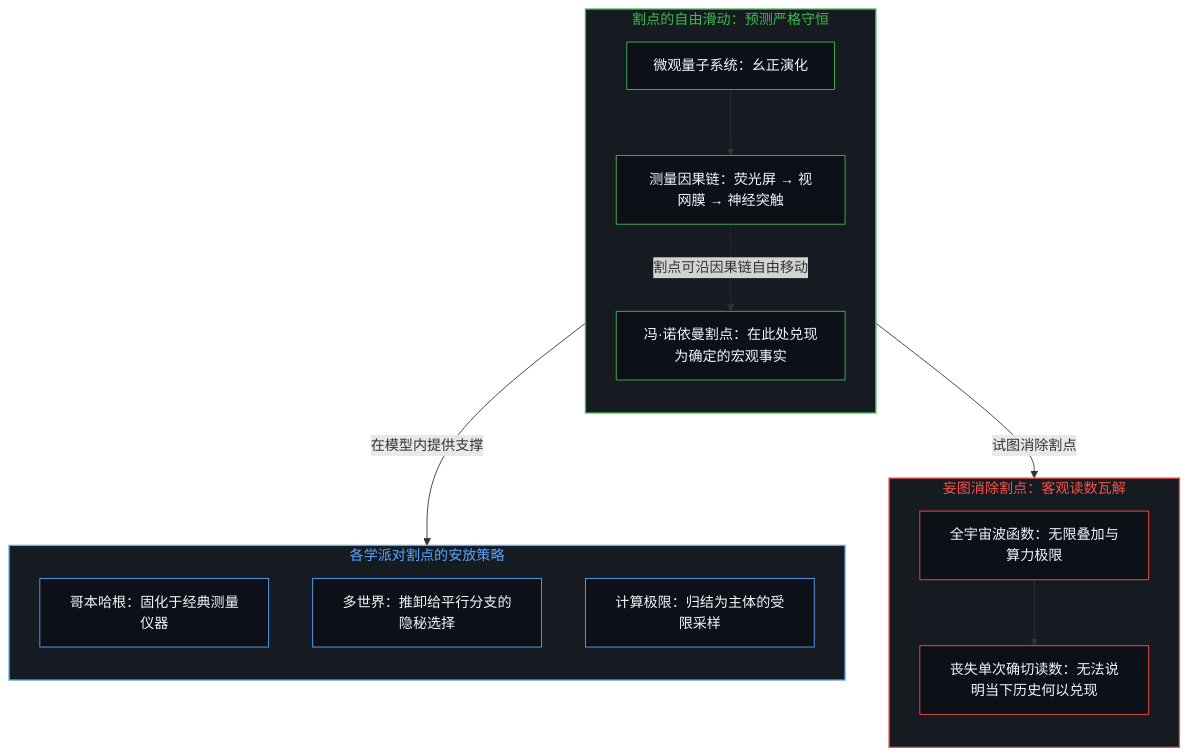
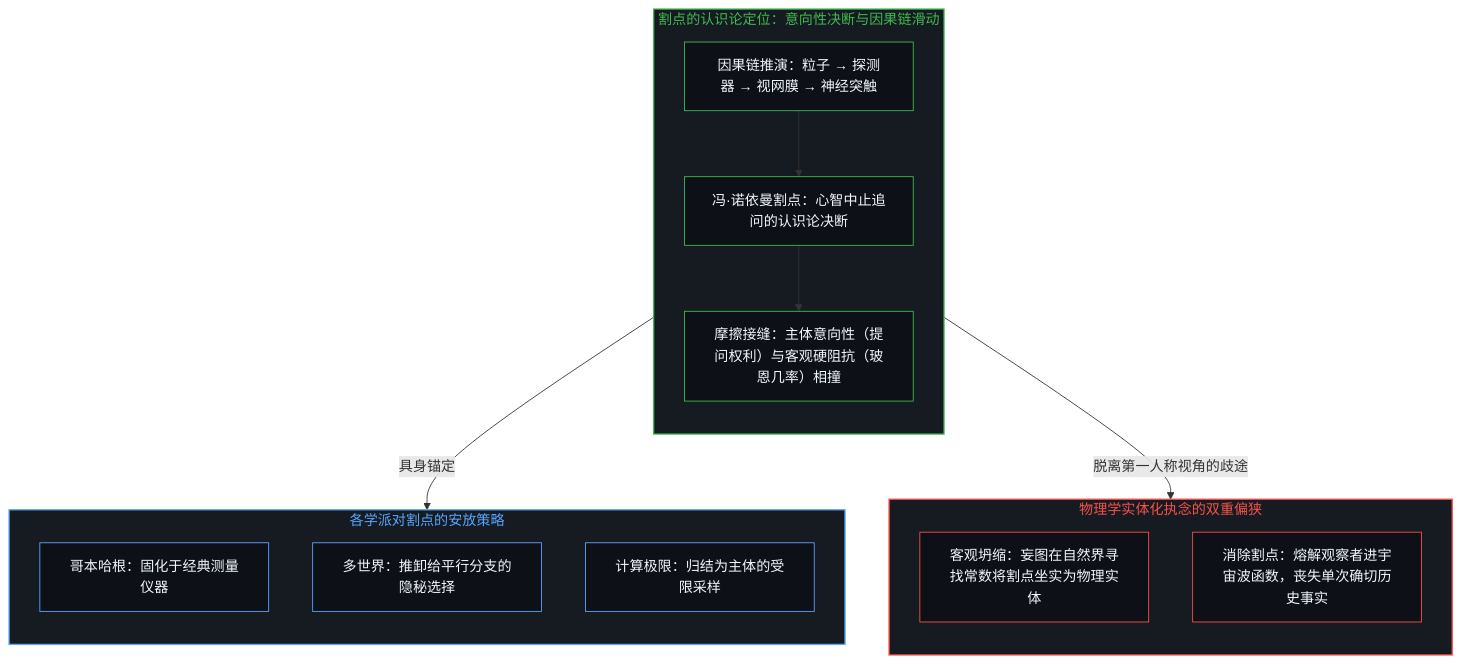
The third of 6 diagrams in content/posts/the-cut-moves-but-never-vanishes.md (powerpig99/not-a-toe), drawn with Mermaid before and after one commit. The commit also changed other lines of this file and 4 other files, not shown here.

````diff
--- a/content/posts/the-cut-moves-but-never-vanishes.md
+++ b/content/posts/the-cut-moves-but-never-vanishes.md
@@ -103,40 +107,39 @@
 ```mermaid
 flowchart TD
-    subgraph S_CutMovable["割点的自由滑动：预测严格守恒"]
+    subgraph S_CutMovable["割点的认识论定位：意向性决断与因果链滑动"]
         direction TB
-        C_Micro["微观量子系统：幺正演化"]
-        C_Chain["测量因果链：荧光屏 → 视网膜 → 神经突触"]
-        C_Cut["冯·诺依曼割点：在此处兑现为确定的宏观事实"]
-        C_Micro --> C_Chain
-        C_Chain -.->|"割点可沿因果链自由移动"| C_Cut
+        C_Chain["因果链推演：粒子 → 探测器 → 视网膜 → 神经突触"]
+        C_Cut["冯·诺依曼割点：心智中止追问的认识论决断"]
+        C_Friction["摩擦接缝：主体意向性（提问权利）与客观硬阻抗（玻恩几率）相撞"]
+        C_Chain --> C_Cut
+        C_Cut --> C_Friction
     end
 
-    subgraph S_CutErased["妄图消除割点：客观读数瓦解"]
+    subgraph S_CutErased["物理学实体化执念的双重偏狭"]
         direction TB
-        E_Universe["全宇宙波函数：无限叠加与算力极限"]
-        E_Loss["丧失单次确切读数：无法说明当下历史何以兑现"]
-        E_Universe --> E_Loss
+        E_Entity["客观坍缩：妄图在自然界寻找常数将割点坐实为物理实体"]
+        E_Universe["消除割点：熔解观察者进宇宙波函数，丧失单次确切历史事实"]
     end
 
     subgraph S_Schools["各学派对割点的安放策略"]
         direction TB
         P_Copenhagen["哥本哈根：固化于经典测量仪器"]
         P_ManyWorlds["多世界：推卸给平行分支的隐秘选择"]
         P_Wolfram["计算极限：归结为主体的受限采样"]
     end
 
-    C_Cut -->|"在模型内提供支撑"| S_Schools
-    C_Cut -->|"试图消除割点"| E_Universe
+    C_Friction -->|"具身锚定"| S_Schools
+    C_Cut -->|"脱离第一人称视角的歧途"| S_CutErased
 
     style S_CutMovable fill:#161b22,stroke:#3fb950,stroke-width:1.5px,color:#3fb950
     style S_CutErased fill:#161b22,stroke:#f85149,stroke-width:1.5px,color:#f85149
     style S_Schools fill:#161b22,stroke:#58a6ff,stroke-width:1.5px,color:#58a6ff
-    style C_Micro fill:#0d1117,stroke:#3fb950,stroke-width:1px,color:#f0f6fc
     style C_Chain fill:#0d1117,stroke:#3fb950,stroke-width:1px,color:#f0f6fc
     style C_Cut fill:#0d1117,stroke:#3fb950,stroke-width:1px,color:#f0f6fc
+    style C_Friction fill:#0d1117,stroke:#3fb950,stroke-width:1px,color:#f0f6fc
+    style E_Entity fill:#0d1117,stroke:#f85149,stroke-width:1px,color:#f0f6fc
     style E_Universe fill:#0d1117,stroke:#f85149,stroke-width:1px,color:#f0f6fc
-    style E_Loss fill:#0d1117,stroke:#f85149,stroke-width:1px,color:#f0f6fc
     style P_Copenhagen fill:#0d1117,stroke:#58a6ff,stroke-width:1px,color:#f0f6fc
     style P_ManyWorlds fill:#0d1117,stroke:#58a6ff,stroke-width:1px,color:#f0f6fc
     style P_Wolfram fill:#0d1117,stroke:#58a6ff,stroke-width:1px,color:#f0f6fc
 ```
````
